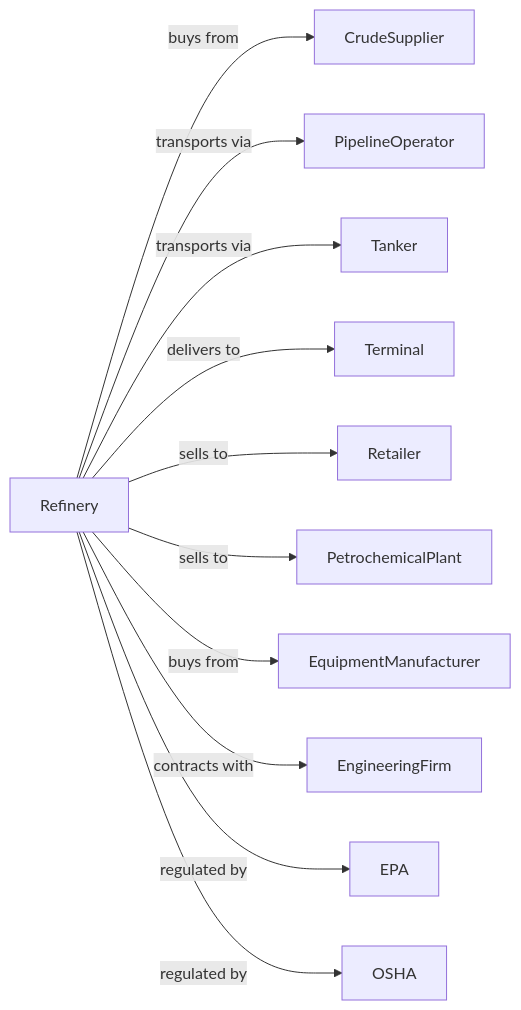
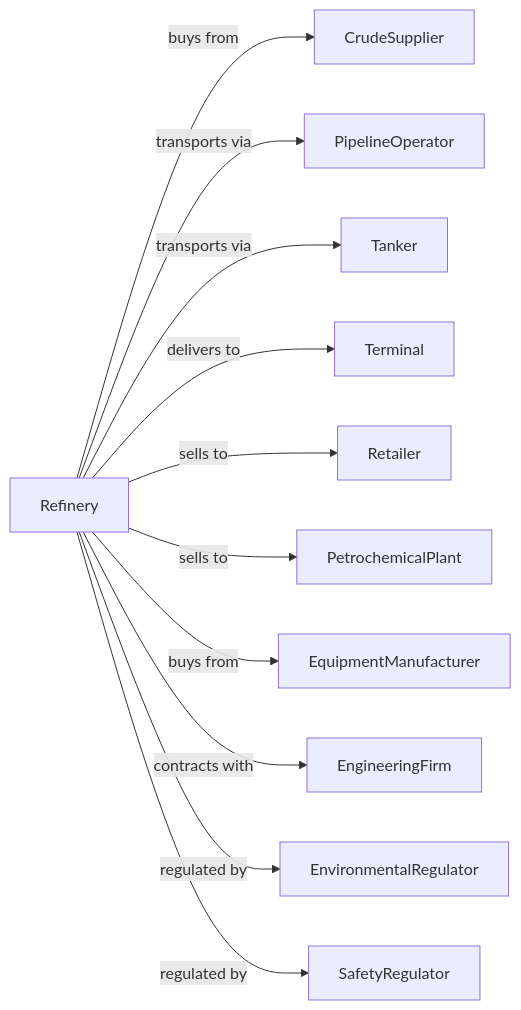
Before and after one commit to dot-org-ai/industries.org.ai: the second of 2 diagrams in Manufacturing/PetroleumAndCoalProductsManufacturing/PetroleumAndCoalProductsManufacturing/PetroleumRefineries.mdx, drawn with Mermaid. The commit also changed other lines of this file and 588 other files, not shown here.

````diff
--- a/Manufacturing/PetroleumAndCoalProductsManufacturing/PetroleumAndCoalProductsManufacturing/PetroleumRefineries.mdx
+++ b/Manufacturing/PetroleumAndCoalProductsManufacturing/PetroleumAndCoalProductsManufacturing/PetroleumRefineries.mdx
@@ -152,15 +152,15 @@
 ```mermaid
 graph LR
     R[Refinery]
 
     R -->|buys from| CrudeSupplier
     R -->|transports via| PipelineOperator
     R -->|transports via| Tanker
     R -->|delivers to| Terminal
     R -->|sells to| Retailer
     R -->|sells to| PetrochemicalPlant
     R -->|buys from| EquipmentManufacturer
     R -->|contracts with| EngineeringFirm
-    R -->|regulated by| EPA
-    R -->|regulated by| OSHA
+    R -->|regulated by| EnvironmentalRegulator
+    R -->|regulated by| SafetyRegulator
 ```
````
